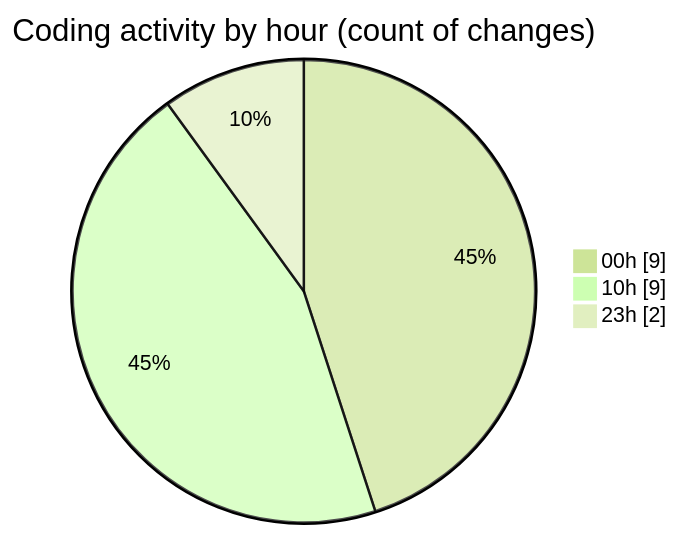
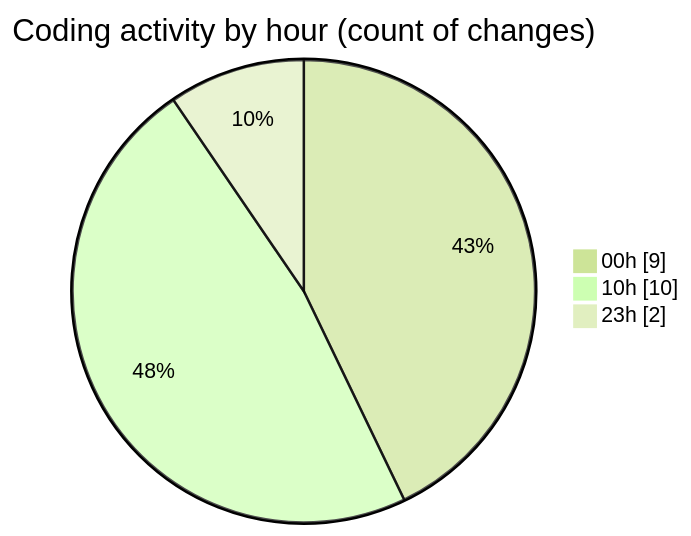
One commit to julien-gomy/code-tracking changed the second of 2 diagrams in 2025-11-15/cdp_aleoudev_fr__workspace_/README.md. Above: the diagram before and after it, drawn with Mermaid (forest theme). The commit also changed other lines of this file and 1 other file, not shown here.

````diff
--- a/2025-11-15/cdp_aleoudev_fr__workspace_/README.md
+++ b/2025-11-15/cdp_aleoudev_fr__workspace_/README.md
@@ -32,7 +33,7 @@
 ```mermaid
 pie showData
 title Coding activity by hour (count of changes)
 "00h" : 9
-"10h" : 9
+"10h" : 10
 "23h" : 2
 ```
````
